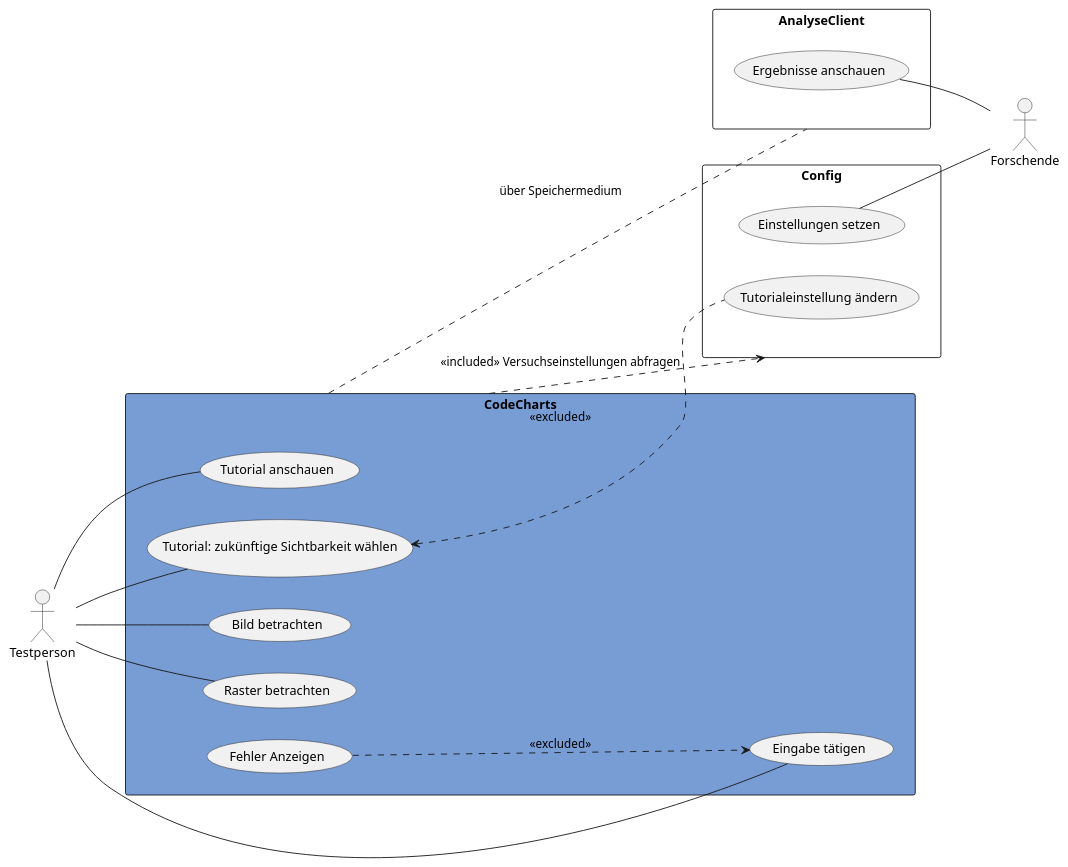
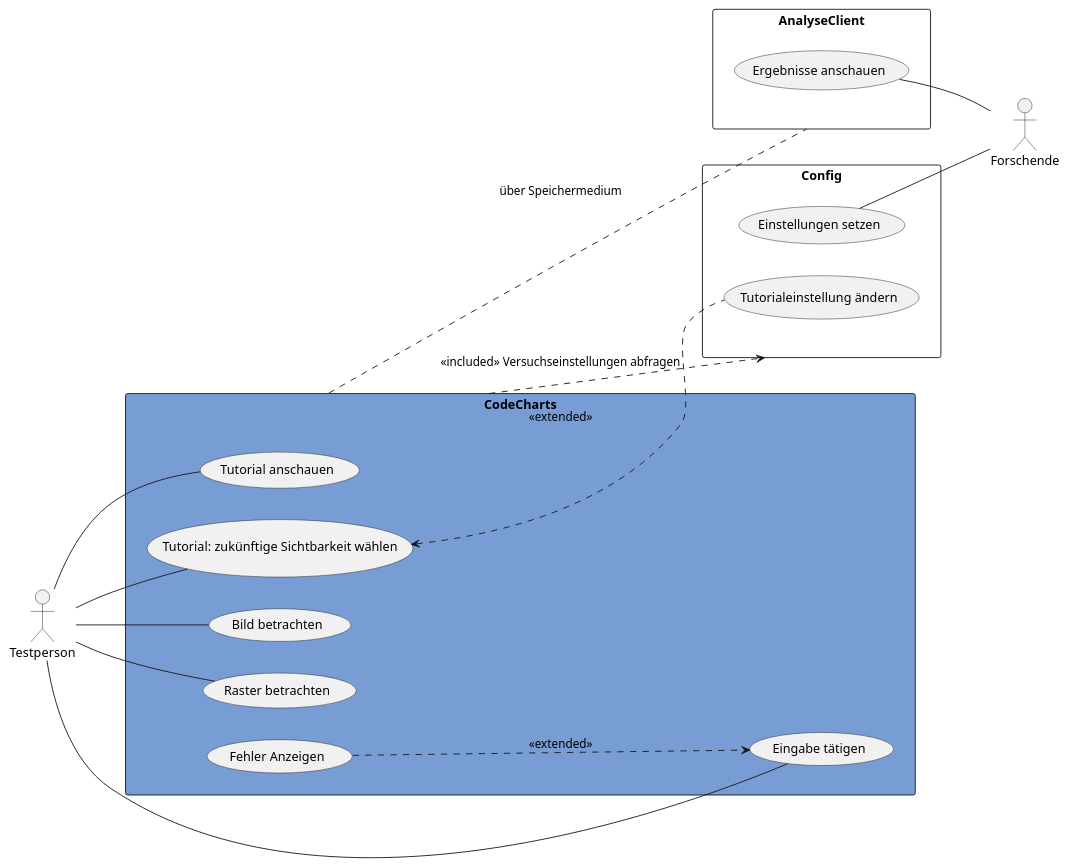
One commit to weichware10/meilensteine changed the diagram in meilenstein_05/usecase-CodeCharts/usecase-CodeCharts.puml. Above: the diagram before and after it, drawn with PlantUML.

Commit message:
excluded fix

```diff
--- a/meilenstein_05/usecase-CodeCharts/usecase-CodeCharts.puml
+++ b/meilenstein_05/usecase-CodeCharts/usecase-CodeCharts.puml
@@ -1,43 +1,43 @@
 @startuml CodeCharts
 left to right direction
 
 actor Testperson as t
 actor Forschende as f
 
 rectangle CodeCharts as z #789dd5 {
     usecase "Tutorial anschauen" as td
     usecase "Tutorial: zukünftige Sichtbarkeit wählen" as tw
     usecase "Bild betrachten" as bb
     usecase "Raster betrachten" as rb
     usecase "Eingabe tätigen" as et
     usecase "Fehler Anzeigen" as fa
 }
 
 rectangle AnalyseClient as a {
     usecase "Ergebnisse anschauen" as ea
 }
 
 rectangle Config as c {
     usecase "Einstellungen setzen" as es
     usecase "Tutorialeinstellung ändern" as tä
 }
 
 ' Testperson
 t -- td
 t -- tw
 t -- bb
 t -- rb
 t -- et
 
 ' Forschende
 es -- f
 ea -- f
 
 ' intern
-tw <.. tä : <<excluded>> 
+tw <.. tä : <<extended>> 
 z .. a : über Speichermedium
 z ..> c : <<included>> Versuchseinstellungen abfragen
-fa ..> et : <<excluded>> 
+fa ..> et : <<extended>> 
 
 
 @enduml
```
